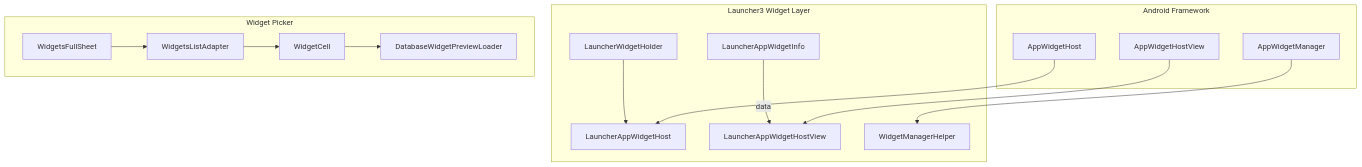
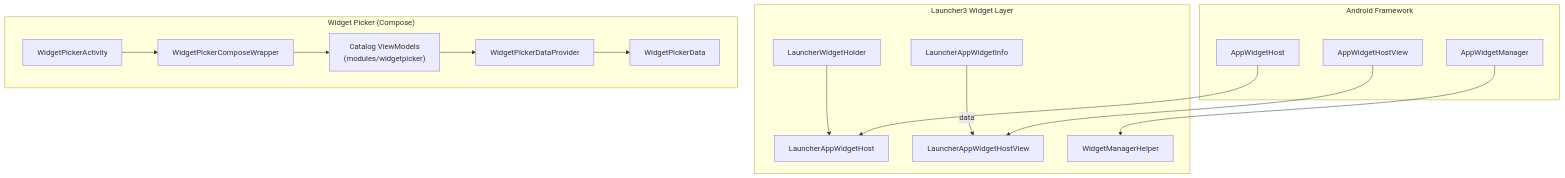
The seventh of 19 diagrams in agents/claude/skills/aosp-system-apps/49-launcher3.md (aospbooks/aosp-internal-book), drawn with Mermaid before and after one commit. The commit also changed other lines of this file and 137 other files, not shown here.

````diff
--- a/agents/claude/skills/aosp-system-apps/49-launcher3.md
+++ b/agents/claude/skills/aosp-system-apps/49-launcher3.md
@@ -681,32 +703,34 @@
 ```mermaid
 graph TD
     subgraph "Android Framework"
         AWM[AppWidgetManager]
         AWH_FW[AppWidgetHost]
         AWHV_FW[AppWidgetHostView]
     end
 
     subgraph "Launcher3 Widget Layer"
         LWH[LauncherWidgetHolder]
         LAWH[LauncherAppWidgetHost]
         LAWHV[LauncherAppWidgetHostView]
         LAWI[LauncherAppWidgetInfo]
         WMH[WidgetManagerHelper]
     end
 
-    subgraph "Widget Picker"
-        WFS[WidgetsFullSheet]
-        WLA[WidgetsListAdapter]
-        WC[WidgetCell]
-        WPL[DatabaseWidgetPreviewLoader]
+    subgraph "Widget Picker (Compose)"
+        WPA[WidgetPickerActivity]
+        WPCW[WidgetPickerComposeWrapper]
+        VM["Catalog ViewModels<br/>(modules/widgetpicker)"]
+        WPDP[WidgetPickerDataProvider]
+        WPD[WidgetPickerData]
     end
 
     AWM --> WMH
     AWH_FW --> LAWH
     AWHV_FW --> LAWHV
     LWH --> LAWH
-    WFS --> WLA
-    WLA --> WC
-    WC --> WPL
+    WPA --> WPCW
+    WPCW --> VM
+    VM --> WPDP
+    WPDP --> WPD
     LAWI -->|data| LAWHV
 ```
````
